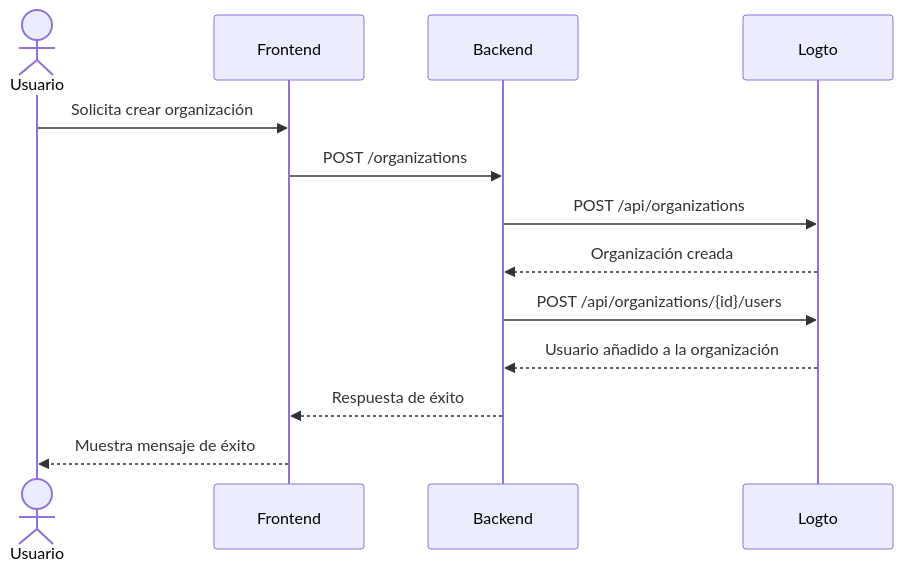
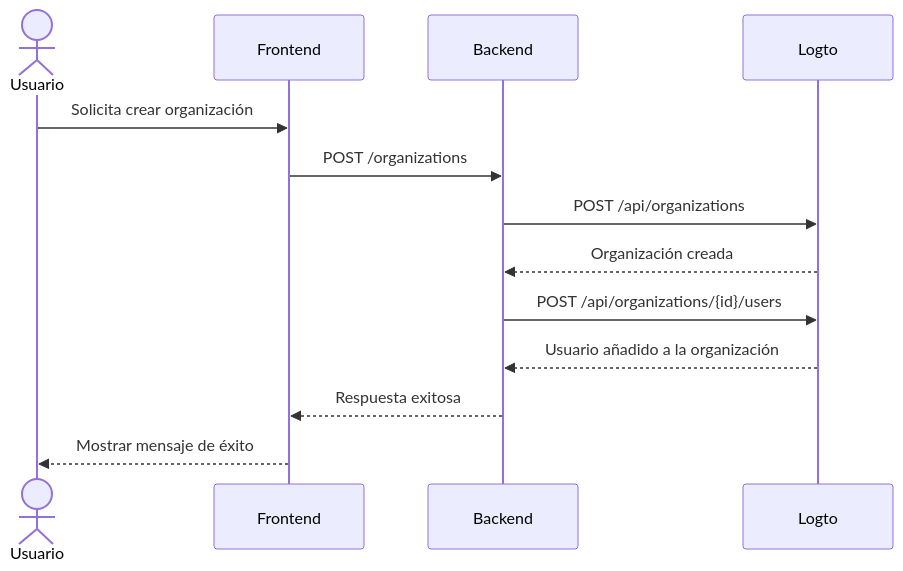
One commit to logto-io/docs changed the seventh of 7 diagrams in i18n/es/docusaurus-plugin-content-docs/current/use-cases/multi-tenancy/build-multi-tenant-saas-application.mdx. Above: the diagram before and after it, drawn with Mermaid. The commit also changed other lines of this file and 74 other files, not shown here.

````diff
--- a/i18n/es/docusaurus-plugin-content-docs/current/use-cases/multi-tenancy/build-multi-tenant-saas-application.mdx
+++ b/i18n/es/docusaurus-plugin-content-docs/current/use-cases/multi-tenancy/build-multi-tenant-saas-application.mdx
@@ -572,16 +572,16 @@
 ```mermaid
 sequenceDiagram
   actor A as Usuario
   participant B as Frontend
   participant C as Backend
   participant D as Logto
 
   A->>B: Solicita crear organización
   B->>C: POST /organizations
   C->>D: POST /api/organizations
   D-->>C: Organización creada
   C->>D: POST /api/organizations/{id}/users
   D-->>C: Usuario añadido a la organización
-  C-->>B: Respuesta de éxito
-  B-->>A: Muestra mensaje de éxito
+  C-->>B: Respuesta exitosa
+  B-->>A: Mostrar mensaje de éxito
 ```
````
